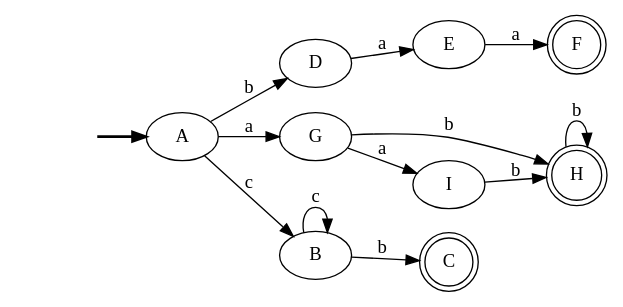
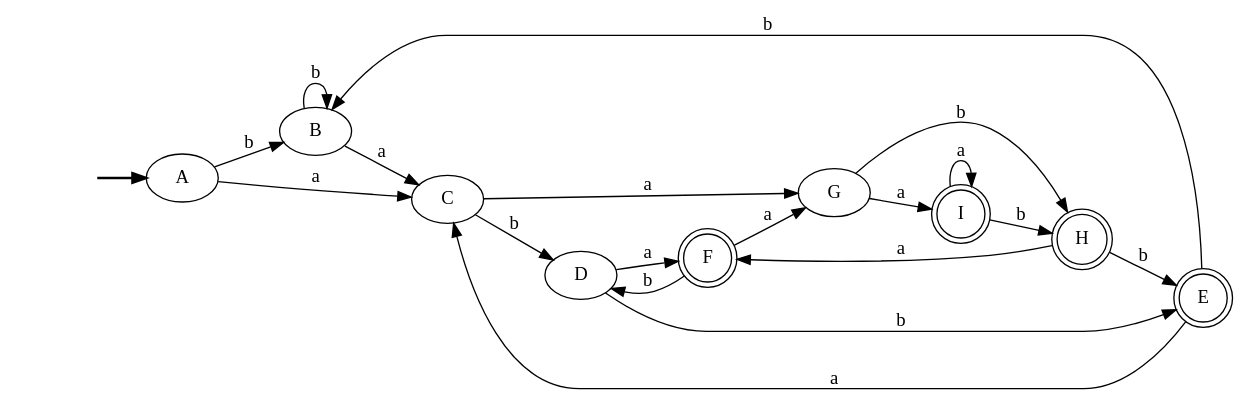
One commit to Estuardo07/Lab_B changed the diagram in output/AFD.gv. Above: the diagram before and after it, drawn with Graphviz. The commit also changed 16 other files, not shown here.

```diff
--- a/output/AFD.gv
+++ b/output/AFD.gv
@@ -1,25 +1,32 @@
 digraph {
 	fake [style=invisible]
+	B
+	I [shape=doublecircle]
+	A [root=true]
 	D
+	H [shape=doublecircle]
+	C
+	F [shape=doublecircle]
 	G
-	H [shape=doublecircle]
-	I
-	E
-	F [shape=doublecircle]
-	C [shape=doublecircle]
-	A [root=true]
-	B
+	E [shape=doublecircle]
 	fake -> A [style=bold]
-	H -> H [label=b]
+	E -> B [label=b]
 	I -> H [label=b]
-	A -> G [label=a]
-	A -> B [label=c]
-	A -> D [label=b]
-	D -> E [label=a]
-	E -> F [label=a]
+	H -> E [label=b]
+	C -> D [label=b]
+	E -> C [label=a]
+	B -> C [label=a]
+	A -> C [label=a]
+	F -> G [label=a]
 	G -> I [label=a]
+	D -> F [label=a]
+	B -> B [label=b]
+	I -> I [label=a]
+	H -> F [label=a]
 	G -> H [label=b]
-	B -> B [label=c]
-	B -> C [label=b]
+	A -> B [label=b]
+	C -> G [label=a]
+	D -> E [label=b]
+	F -> D [label=b]
 	rankdir=LR
 }
```
